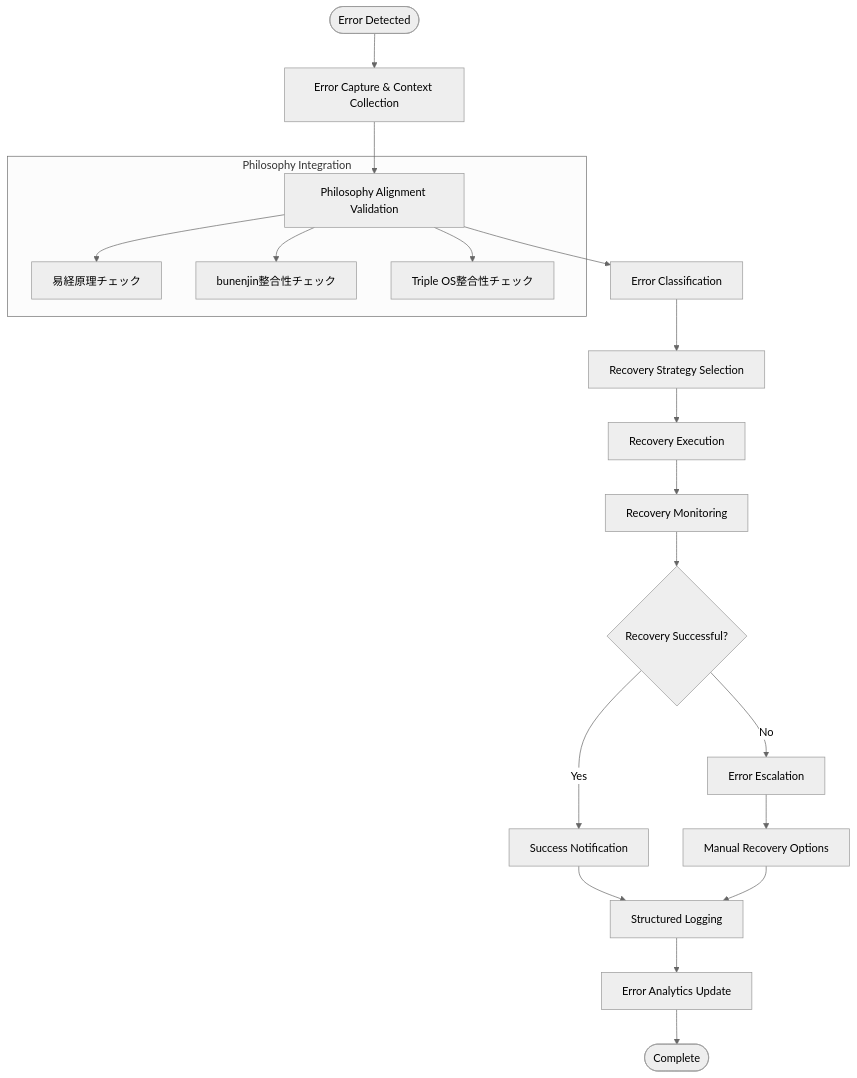
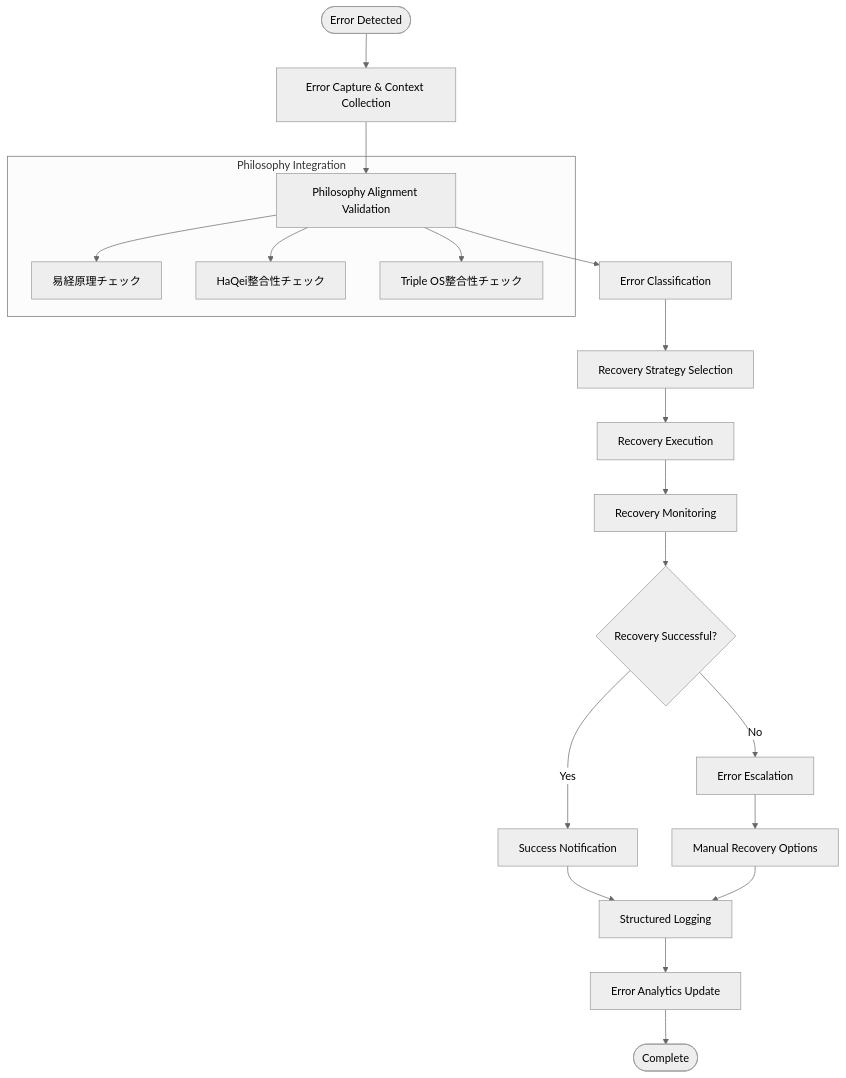
One commit to hidenaka/haqei-analyzer changed the second of 2 diagrams in HAQEI_ERROR_HANDLING_UNIFIED_DESIGN.md. Above: the diagram before and after it, drawn with Mermaid (neutral theme). The commit also changed other lines of this file and 1060 other files, not shown here.

````diff
--- a/HAQEI_ERROR_HANDLING_UNIFIED_DESIGN.md
+++ b/HAQEI_ERROR_HANDLING_UNIFIED_DESIGN.md
@@ -238,23 +238,23 @@
 ```mermaid
 flowchart TD
     Start([Error Detected]) --> Capture[Error Capture & Context Collection]
     Capture --> Validate[Philosophy Alignment Validation]
     Validate --> Classify[Error Classification]
     Classify --> Strategy[Recovery Strategy Selection]
     Strategy --> Execute[Recovery Execution]
     Execute --> Monitor[Recovery Monitoring]
     Monitor --> Success{Recovery Successful?}
     Success -->|Yes| Notify[Success Notification]
     Success -->|No| Escalate[Error Escalation]
     Escalate --> Manual[Manual Recovery Options]
     Notify --> Log[Structured Logging]
     Manual --> Log
     Log --> Analytics[Error Analytics Update]
     Analytics --> End([Complete])
     
     subgraph "Philosophy Integration"
         Validate --> IChingCheck[易経原理チェック]
-        Validate --> BunenjinCheck[bunenjin整合性チェック]
+        Validate --> BunenjinCheck[HaQei整合性チェック]
         Validate --> TripleOSCheck[Triple OS整合性チェック]
     end
 ```
````
